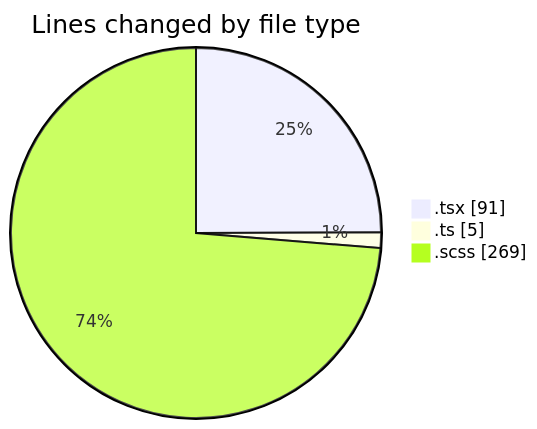
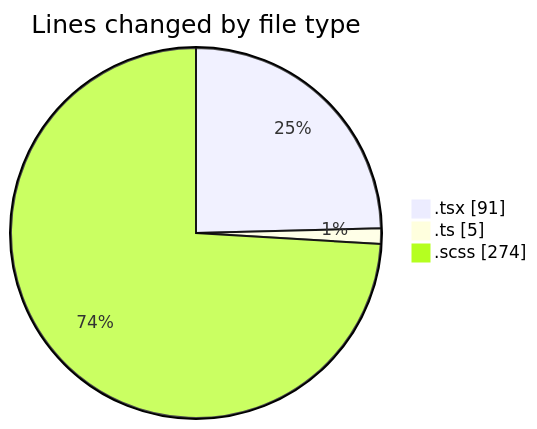
The first of 2 diagrams in 2025-02-28/cda/README.md (momahboobian/code-tracking), drawn with Mermaid before and after one commit. The commit also changed other lines of this file and 1 other file, not shown here.

````diff
--- a/2025-02-28/cda/README.md
+++ b/2025-02-28/cda/README.md
@@ -25,7 +25,7 @@
 ```mermaid
 pie showData
 title Lines changed by file type
 ".tsx" : 91
 ".ts" : 5
-".scss" : 269
+".scss" : 274
 ```
````
